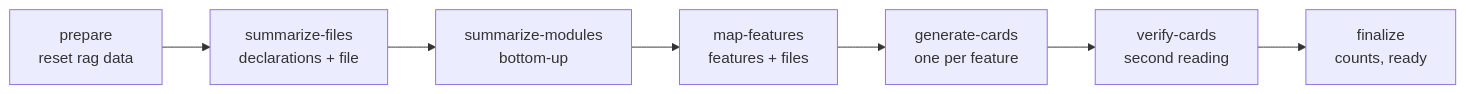
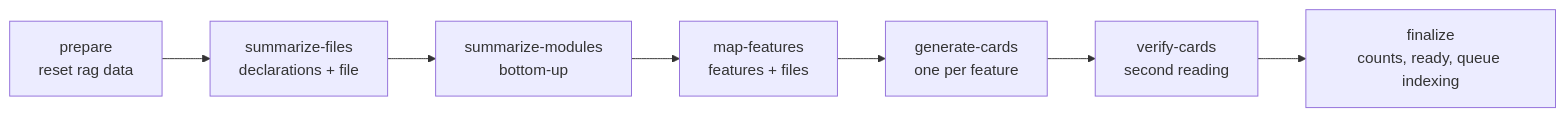
One commit to CalogeroPisano/rag-generator-app changed the seventh of 13 diagrams in docs/flows.md. Above: the diagram before and after it, drawn with Mermaid. The commit also changed other lines of this file and 71 other files, not shown here.

````diff
--- a/docs/flows.md
+++ b/docs/flows.md
@@ -167,7 +167,7 @@
 ```mermaid
 flowchart LR
   prepare["prepare<br/>reset rag data"] --> files["summarize-files<br/>declarations + file"]
   files --> modules["summarize-modules<br/>bottom-up"] --> map["map-features<br/>features + files"]
   map --> cards["generate-cards<br/>one per feature"] --> verify["verify-cards<br/>second reading"]
-  verify --> finalize["finalize<br/>counts, ready"]
+  verify --> finalize["finalize<br/>counts, ready, queue indexing"]
 ```
````
